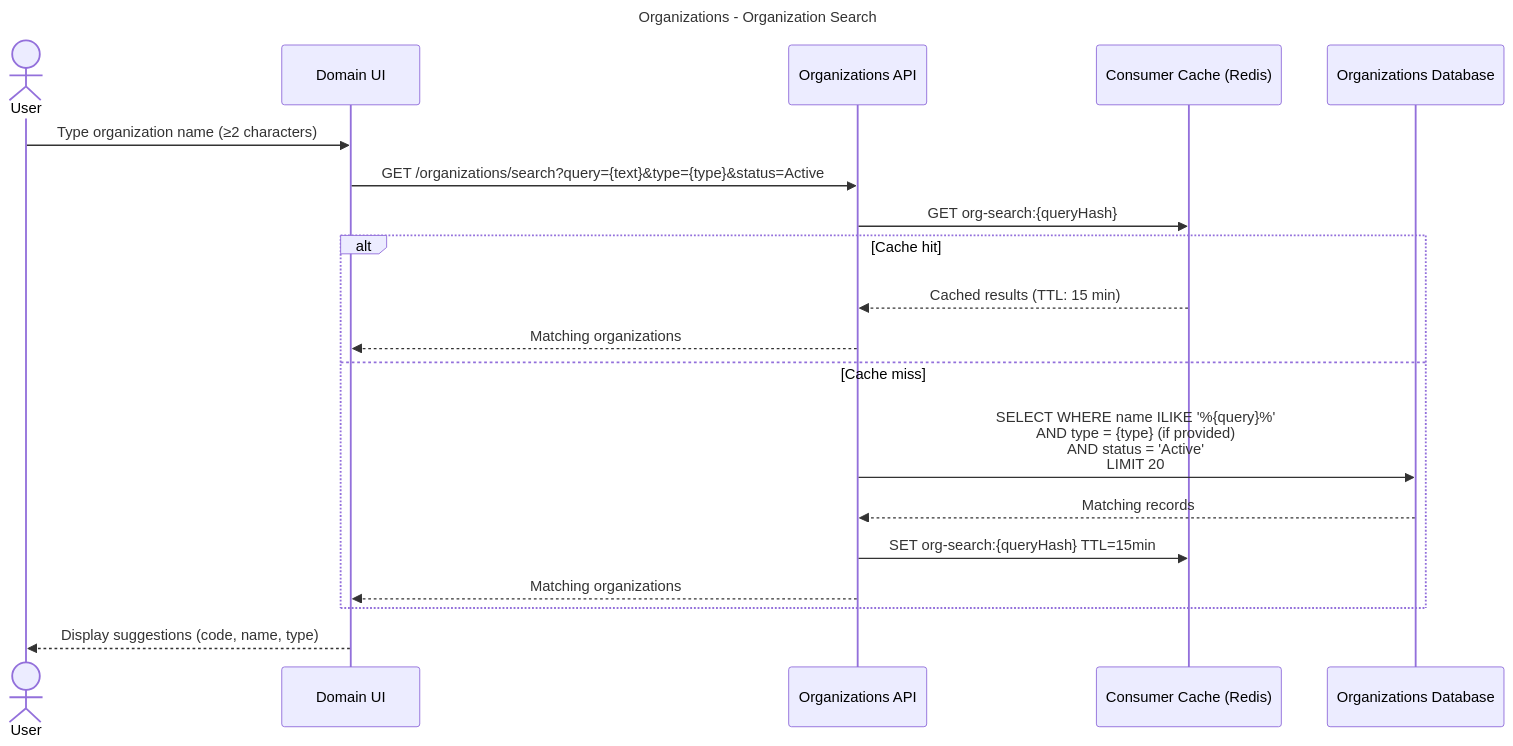
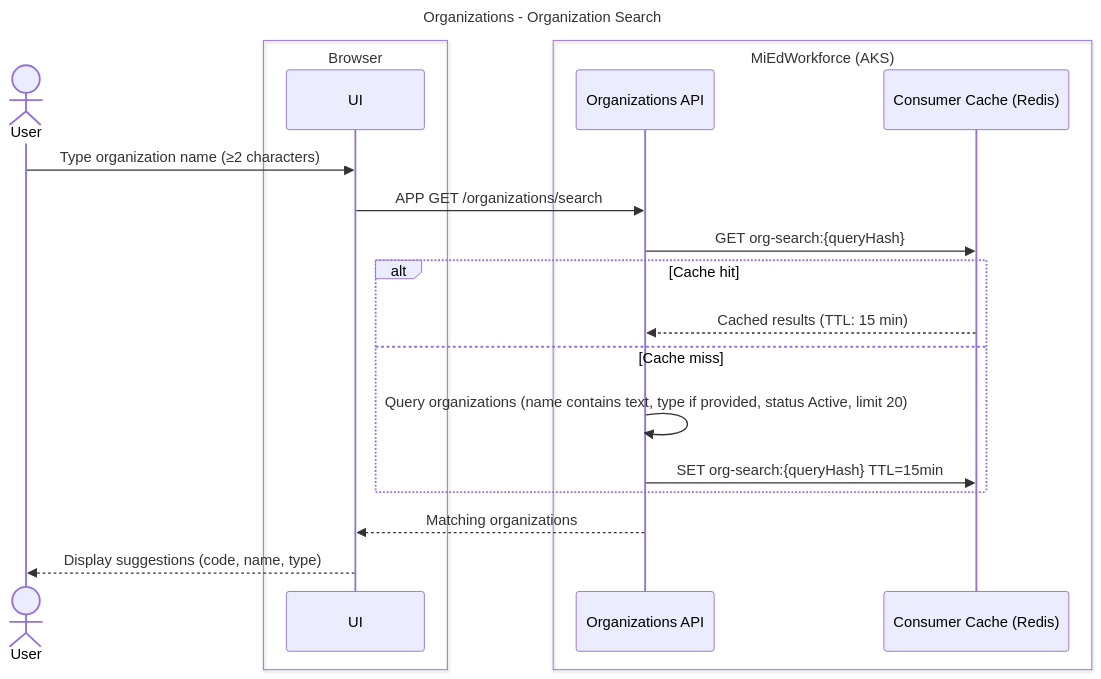
One commit to mnichols-dl/mied-design changed the second of 6 diagrams in working-docs/solution-areas/organizations/organizations-sequences.md. Above: the diagram before and after it, drawn with Mermaid. The commit also changed other lines of this file and 34 other files, not shown here.

Commit message:
Update sequences and perform RTM assessment

````diff
--- a/working-docs/solution-areas/organizations/organizations-sequences.md
+++ b/working-docs/solution-areas/organizations/organizations-sequences.md
@@ -100,28 +106,29 @@
 ```mermaid
 ---
 title: Organizations - Organization Search
 ---
 sequenceDiagram
     actor User
-    participant UI as Domain UI
-    participant OrgAPI as Organizations API
+    box Browser
+    participant UI as UI
+    end
+    box MiEdWorkforce (AKS)
+    participant OrgApi as Organizations API
     participant Cache as Consumer Cache (Redis)
-    participant OrgDB as Organizations Database
+    end
 
     User->>UI: Type organization name (≥2 characters)
-    UI->>OrgAPI: GET /organizations/search?query={text}&type={type}&status=Active
+    UI->>OrgApi: APP GET /organizations/search
 
-    OrgAPI->>Cache: GET org-search:{queryHash}
+    OrgApi->>Cache: GET org-search:{queryHash}
 
     alt Cache hit
-        Cache-->>OrgAPI: Cached results (TTL: 15 min)
-        OrgAPI-->>UI: Matching organizations
+        Cache-->>OrgApi: Cached results (TTL: 15 min)
     else Cache miss
-        OrgAPI->>OrgDB: SELECT WHERE name ILIKE '%{query}%'<br/>AND type = {type} (if provided)<br/>AND status = 'Active'<br/>LIMIT 20
-        OrgDB-->>OrgAPI: Matching records
-        OrgAPI->>Cache: SET org-search:{queryHash} TTL=15min
-        OrgAPI-->>UI: Matching organizations
+        OrgApi->>OrgApi: Query organizations (name contains text, type if provided, status Active, limit 20)
+        OrgApi->>Cache: SET org-search:{queryHash} TTL=15min
     end
 
+    OrgApi-->>UI: Matching organizations
     UI-->>User: Display suggestions (code, name, type)
 ```
````
